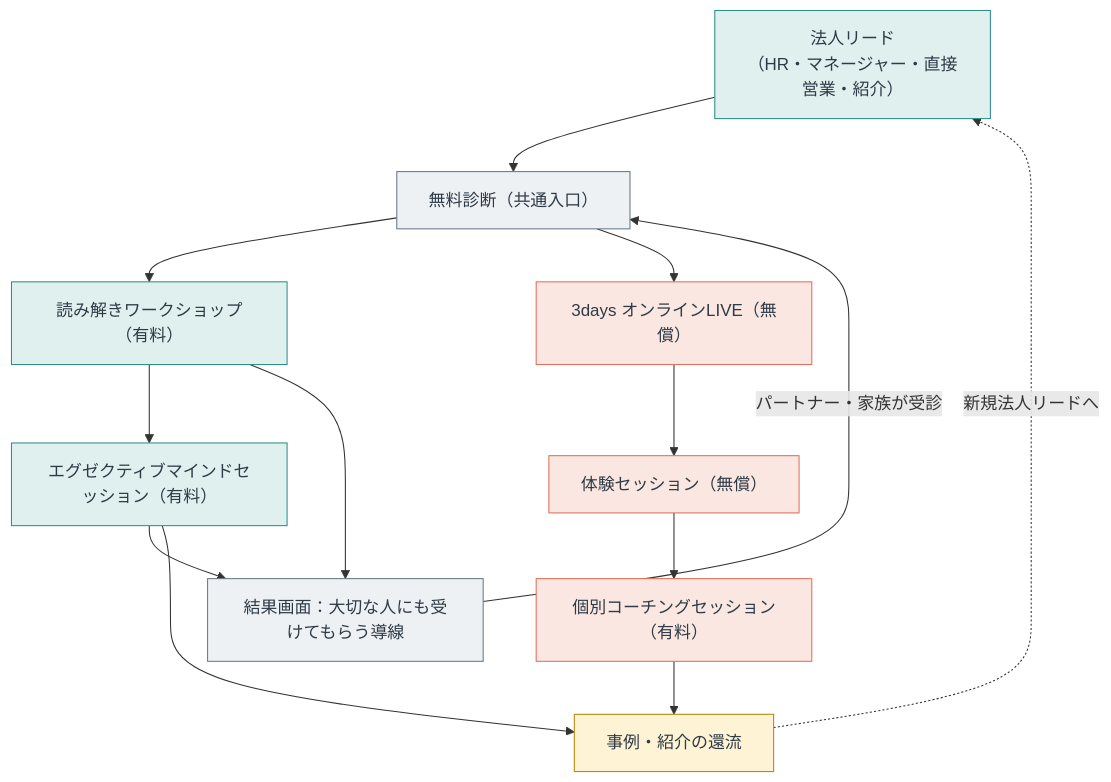
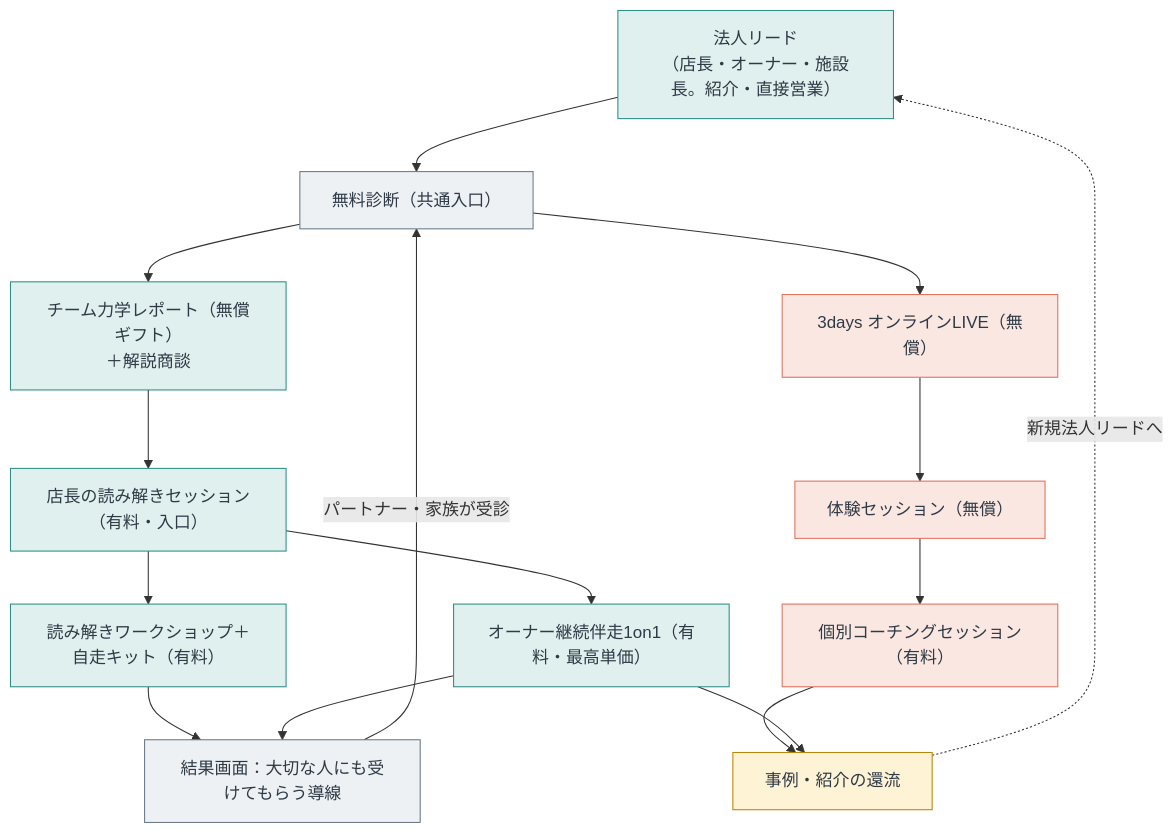
The first of 4 diagrams in ファネル図.md (yuki-b4/work-relation-quiz), drawn with Mermaid before and after one commit. The commit also changed other lines of this file and 3 other files, not shown here.

````diff
--- a/ファネル図.md
+++ b/ファネル図.md
@@ -25,34 +27,37 @@
 ```mermaid
 flowchart TD
-  B2B_IN["法人リード<br/>（HR・マネージャー・直接営業・紹介）"]
+  B2B_IN["法人リード<br/>（店長・オーナー・施設長。紹介・直接営業）"]
   QUIZ["無料診断（共通入口）"]
-  WS["読み解きワークショップ（有料）"]
-  EXEC["エグゼクティブマインドセッション（有料）"]
+  REPORT["チーム力学レポート（無償ギフト）<br/>＋解説商談"]
+  LEAD1["店長の読み解きセッション（有料・入口）"]
+  EXEC["オーナー継続伴走1on1（有料・最高単価）"]
+  WS["読み解きワークショップ＋自走キット（有料）"]
   CTA["結果画面：大切な人にも受けてもらう導線"]
   LIVE["3days オンラインLIVE（無償）"]
   TRIAL["体験セッション（無償）"]
   COACH["個別コーチングセッション（有料）"]
   FLY["事例・紹介の還流"]
 
   B2B_IN --> QUIZ
-  QUIZ --> WS
-  WS --> EXEC
+  QUIZ --> REPORT --> LEAD1
+  LEAD1 --> EXEC
+  LEAD1 --> WS
   WS --> CTA
   EXEC --> CTA
   CTA -->|"パートナー・家族が受診"| QUIZ
   QUIZ --> LIVE
   LIVE --> TRIAL
   TRIAL --> COACH
   COACH --> FLY
   EXEC --> FLY
   FLY -.->|"新規法人リードへ"| B2B_IN
 
   classDef b2b fill:#E0F0EE,stroke:#2F8F88,color:#2E3A46;
   classDef shared fill:#EEF1F4,stroke:#6B7A87,color:#2E3A46;
   classDef b2c fill:#FBE7E1,stroke:#E2705A,color:#2E3A46;
   classDef fly fill:#FFF3D6,stroke:#B8860B,color:#2E3A46;
-  class B2B_IN,WS,EXEC b2b;
+  class B2B_IN,REPORT,LEAD1,WS,EXEC b2b;
   class QUIZ,CTA shared;
   class LIVE,TRIAL,COACH b2c;
   class FLY fly;
 ```
````
